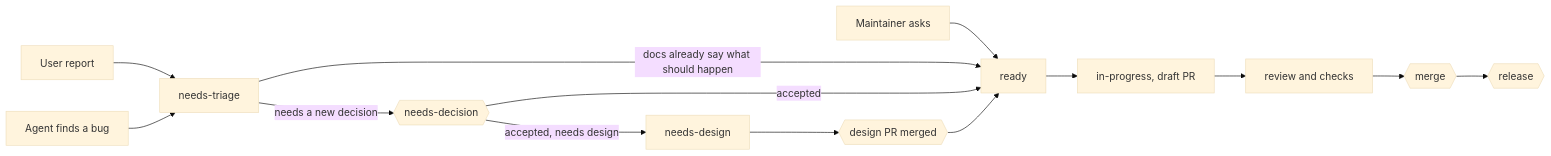
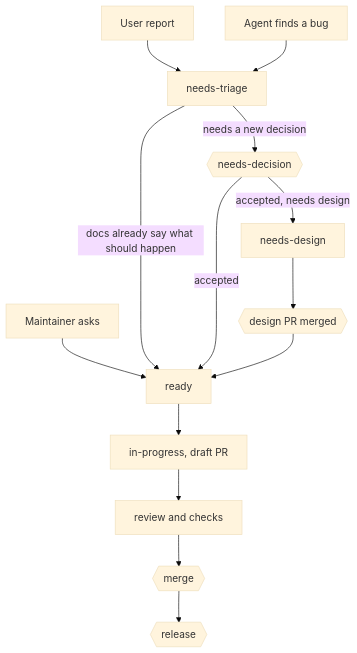
One commit to KettuAI/Kettu changed the diagram in docs/workflow.md. Above: the diagram before and after it, drawn with Mermaid (base theme).

Commit message:
docs: lay out the workflow diagram top to bottom

````diff
--- a/docs/workflow.md
+++ b/docs/workflow.md
@@ -25,16 +25,16 @@
 ```mermaid
-flowchart LR
+flowchart TD
   M[Maintainer asks] --> R
   U[User report] --> T[needs-triage]
   A[Agent finds a bug] --> T
   T -->|docs already say what should happen| R[ready]
   T -->|needs a new decision| D{{needs-decision}}
   D -->|accepted| R
   D -->|accepted, needs design| N[needs-design]
   N --> DP{{design PR merged}}
   DP --> R
   R --> P[in-progress, draft PR]
   P --> V[review and checks]
   V --> G{{merge}}
   G --> L{{release}}
 ```
````
